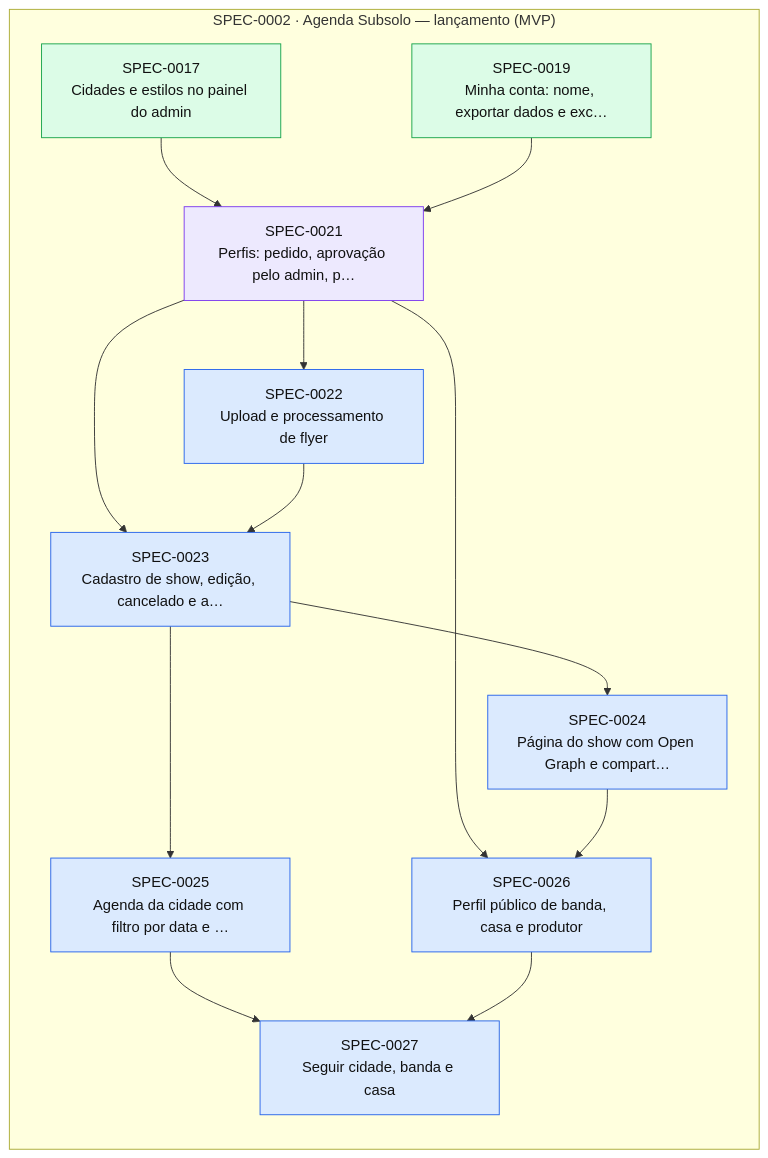
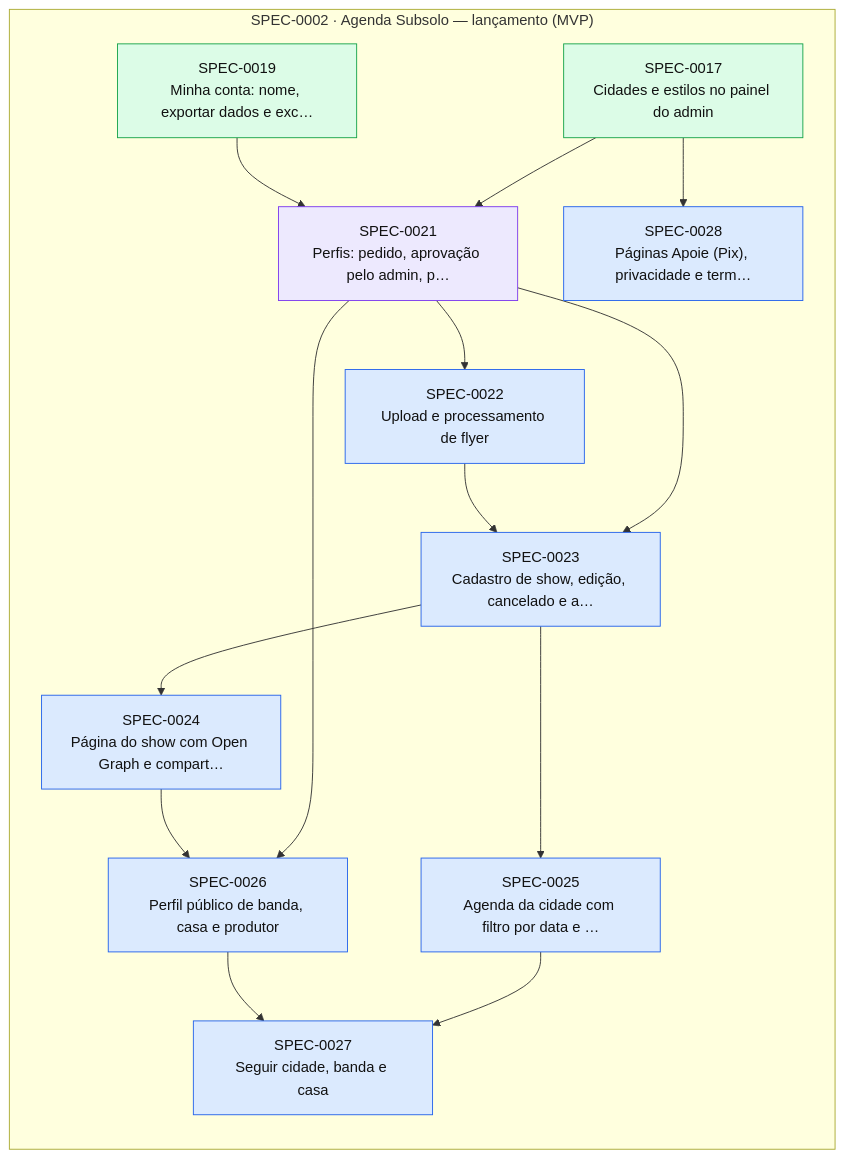
The diagram in docs/specs/INDEX.md (thomasravache/subsolo), drawn with Mermaid before and after one commit. The commit also changed other lines of this file and 4 other files, not shown here.

First line of the commit message:
docs(sdd): add, approve and plan SPEC-0028 (Apoie, privacy and terms) with a Site module

````diff
--- a/docs/specs/INDEX.md
+++ b/docs/specs/INDEX.md
@@ -71,30 +72,32 @@
 ```mermaid
 flowchart LR
   subgraph E0002["SPEC-0002 · Agenda Subsolo — lançamento (MVP)"]
     S0017["SPEC-0017<br/>Cidades e estilos no painel do admin"]:::implemented
     S0019["SPEC-0019<br/>Minha conta: nome, exportar dados e exc…"]:::implemented
     S0021["SPEC-0021<br/>Perfis: pedido, aprovação pelo admin, p…"]:::inprogress
     S0022["SPEC-0022<br/>Upload e processamento de flyer"]:::approved
     S0023["SPEC-0023<br/>Cadastro de show, edição, cancelado e a…"]:::approved
     S0024["SPEC-0024<br/>Página do show com Open Graph e compart…"]:::approved
     S0025["SPEC-0025<br/>Agenda da cidade com filtro por data e …"]:::approved
     S0026["SPEC-0026<br/>Perfil público de banda, casa e produtor"]:::approved
     S0027["SPEC-0027<br/>Seguir cidade, banda e casa"]:::approved
+    S0028["SPEC-0028<br/>Páginas Apoie (Pix), privacidade e term…"]:::approved
   end
   S0017 --> S0021
   S0019 --> S0021
   S0021 --> S0022
   S0021 --> S0023
   S0022 --> S0023
   S0023 --> S0024
   S0023 --> S0025
   S0021 --> S0026
   S0024 --> S0026
   S0025 --> S0027
   S0026 --> S0027
+  S0017 --> S0028
   classDef proposed fill:#fef3c7,stroke:#d97706,color:#111
   classDef approved fill:#dbeafe,stroke:#2563eb,color:#111
   classDef inprogress fill:#ede9fe,stroke:#7c3aed,color:#111
   classDef implemented fill:#dcfce7,stroke:#16a34a,color:#111
   classDef deprecated fill:#f3f4f6,stroke:#9ca3af,color:#6b7280
 ```
````
